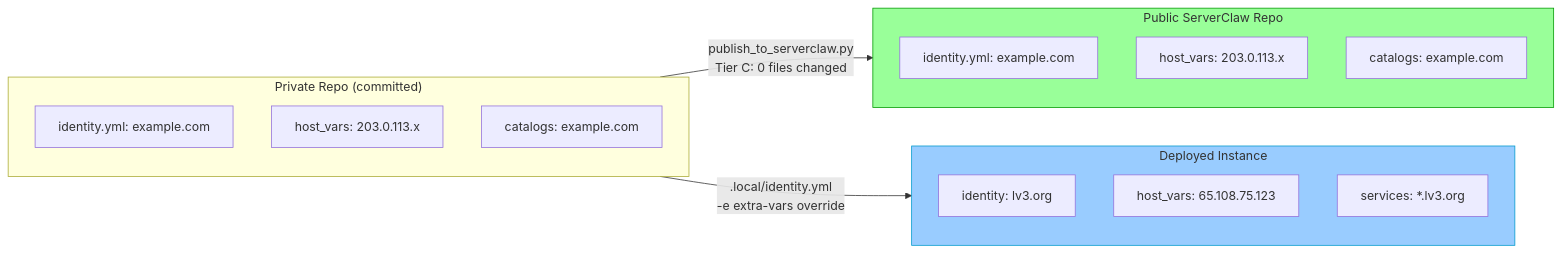
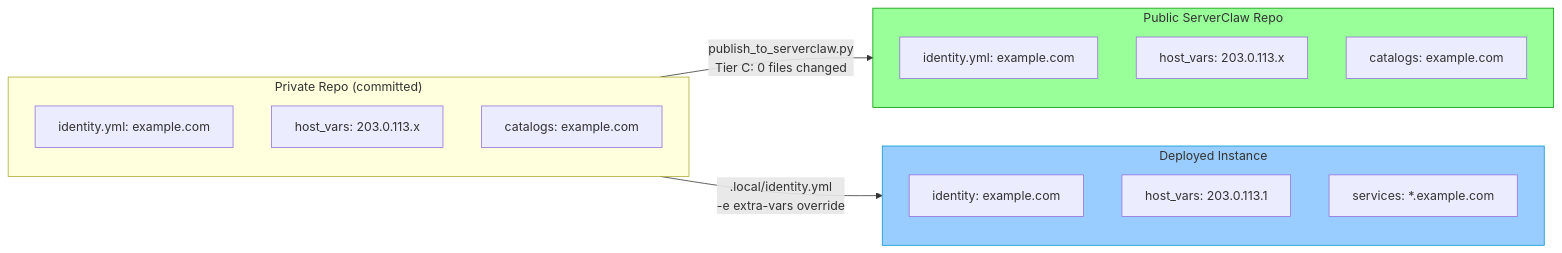
The fourth of 4 diagrams in docs/architecture/ioc-value-flow.md (baditaflorin/ServerClaw), drawn with Mermaid before and after one commit. The commit also changed 3715 other files, not shown here.

````diff
--- a/docs/architecture/ioc-value-flow.md
+++ b/docs/architecture/ioc-value-flow.md
@@ -153,26 +153,26 @@
 ```mermaid
 graph LR
     subgraph PRIVATE["Private Repo (committed)"]
         P1["identity.yml: example.com"]
         P2["host_vars: 203.0.113.x"]
         P3["catalogs: example.com"]
     end
 
     subgraph PUBLIC["Public ServerClaw Repo"]
         S1["identity.yml: example.com"]
         S2["host_vars: 203.0.113.x"]
         S3["catalogs: example.com"]
     end
 
     subgraph DEPLOY["Deployed Instance"]
-        D1["identity: lv3.org"]
-        D2["host_vars: 65.108.75.123"]
-        D3["services: *.lv3.org"]
+        D1["identity: example.com"]
+        D2["host_vars: 203.0.113.1"]
+        D3["services: *.example.com"]
     end
 
     PRIVATE -->|"publish_to_serverclaw.py<br/>Tier C: 0 files changed"| PUBLIC
     PRIVATE -->|".local/identity.yml<br/>-e extra-vars override"| DEPLOY
 
     style PUBLIC fill:#9f9,stroke:#090
     style DEPLOY fill:#9cf,stroke:#09c
 ```
````
